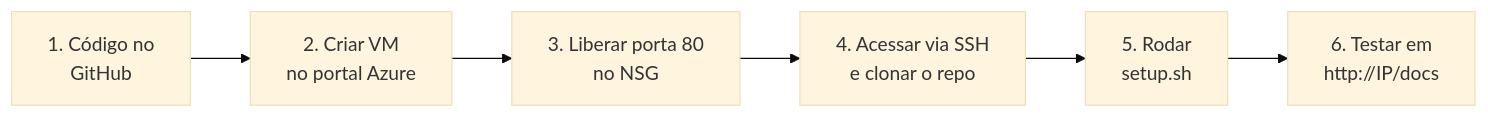
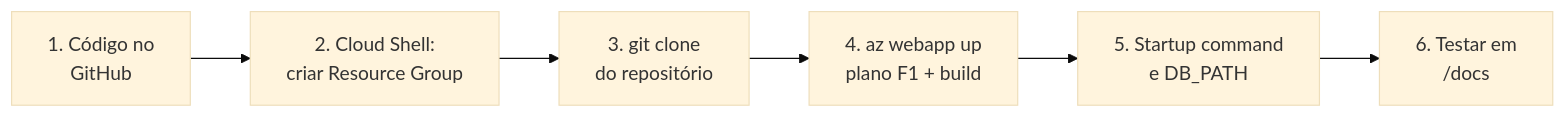
One commit to be34rpolar/api-tarefas-azure changed the diagram in docs/diagramas/implantacao.mmd. Above: the diagram before and after it, drawn with Mermaid (base theme). The commit also changed 8 other files, not shown here.

```diff
--- a/docs/diagramas/implantacao.mmd
+++ b/docs/diagramas/implantacao.mmd
@@ -1,6 +1,6 @@
 flowchart LR
-    A["1. Código no<br/>GitHub"] --> B["2. Criar VM<br/>no portal Azure"]
-    B --> C["3. Liberar porta 80<br/>no NSG"]
-    C --> D["4. Acessar via SSH<br/>e clonar o repo"]
-    D --> E["5. Rodar<br/>setup.sh"]
-    E --> F["6. Testar em<br/>http://IP/docs"]
+    A["1. Código no<br/>GitHub"] --> B["2. Cloud Shell:<br/>criar Resource Group"]
+    B --> C["3. git clone<br/>do repositório"]
+    C --> D["4. az webapp up<br/>plano F1 + build"]
+    D --> E["5. Startup command<br/>e DB_PATH"]
+    E --> F["6. Testar em<br/>/docs"]
```
